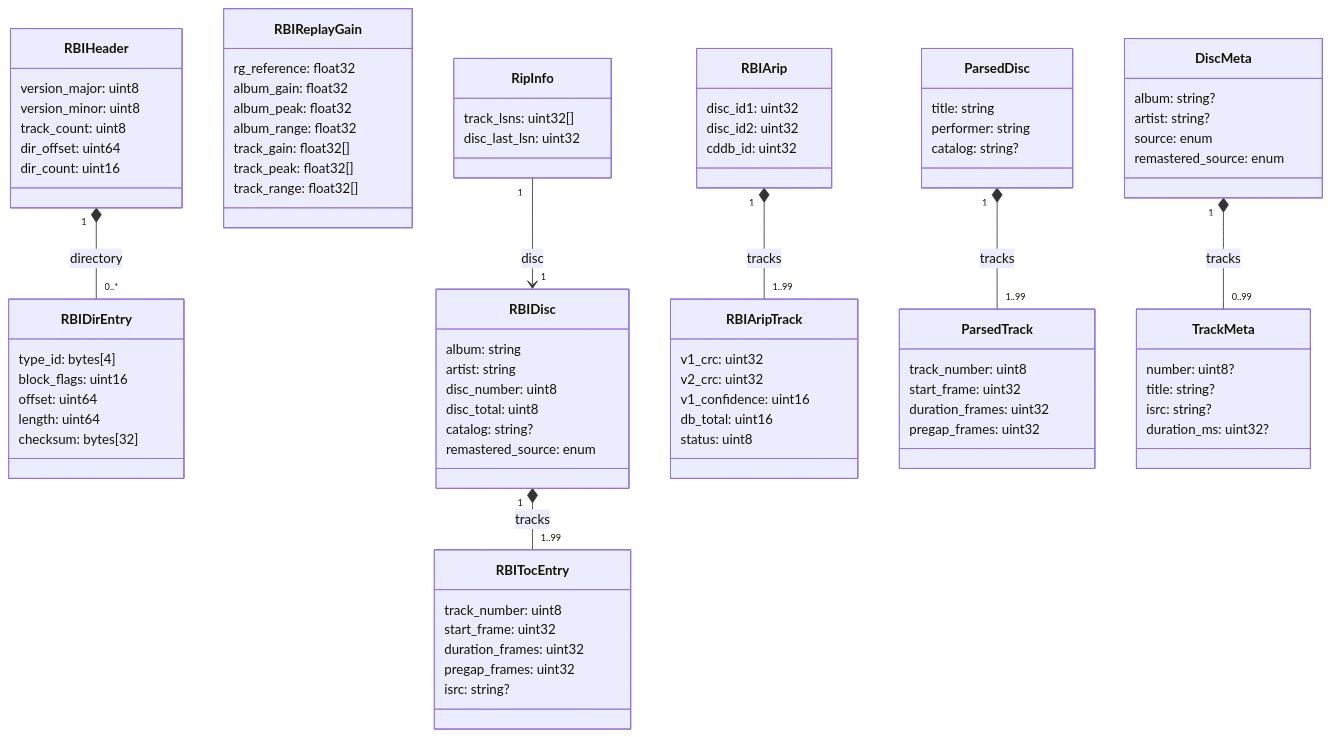
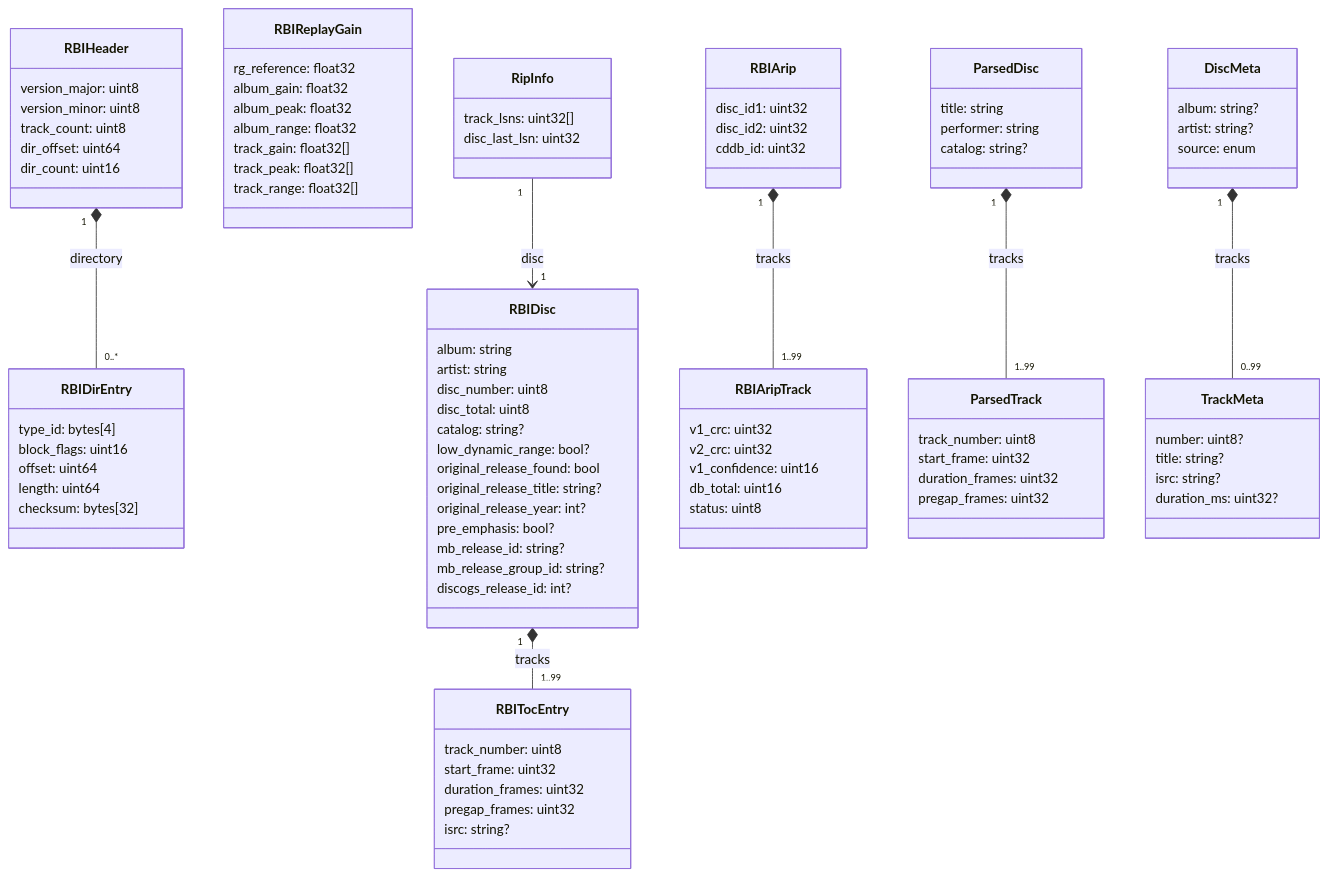
Before and after one commit to HomerSlated/cdda2img: the diagram in docs/flow/data-model.md, drawn with Mermaid. The commit also changed other lines of this file and 18 other files, not shown here.

```diff
--- a/docs/flow/data-model.md
+++ b/docs/flow/data-model.md
@@ -69,7 +69,14 @@
         disc_number: uint8
         disc_total: uint8
         catalog: string?
-        remastered_source: enum
+        low_dynamic_range: bool?
+        original_release_found: bool
+        original_release_title: string?
+        original_release_year: int?
+        pre_emphasis: bool?
+        mb_release_id: string?
+        mb_release_group_id: string?
+        discogs_release_id: int?
     }
     class RBITocEntry {
         track_number: uint8
@@ -118,7 +125,6 @@
         album: string?
         artist: string?
         source: enum
-        remastered_source: enum
     }
     class TrackMeta {
         number: uint8?
```
